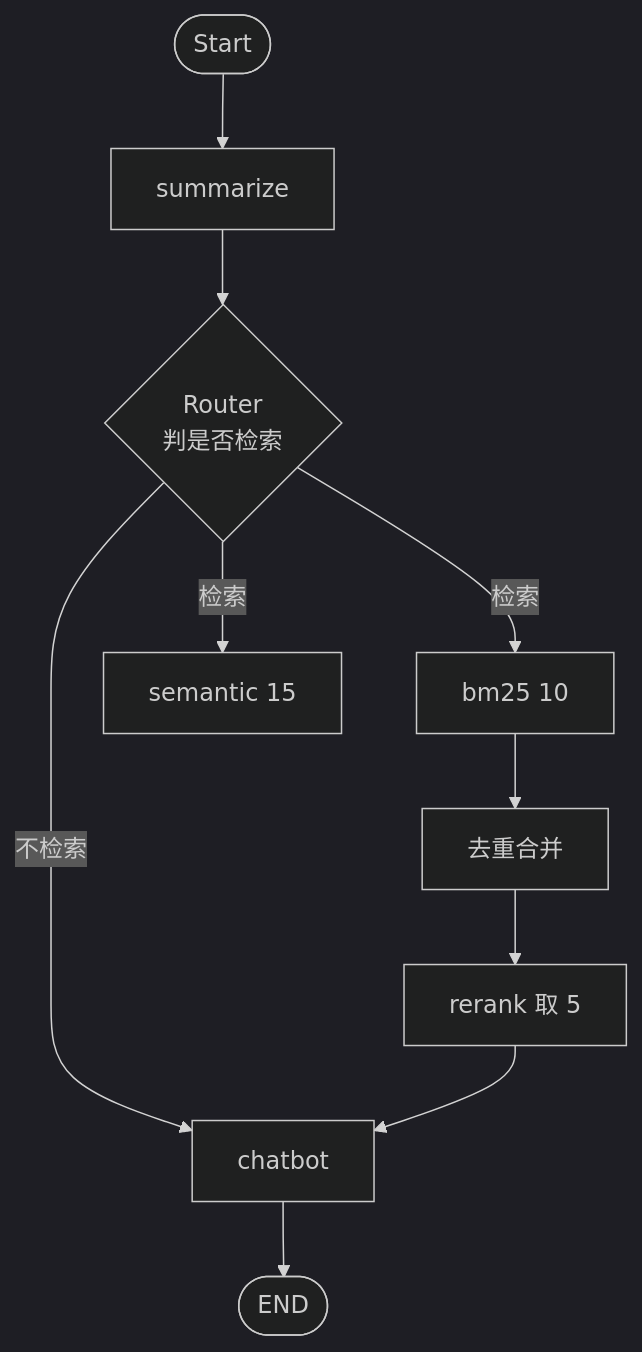
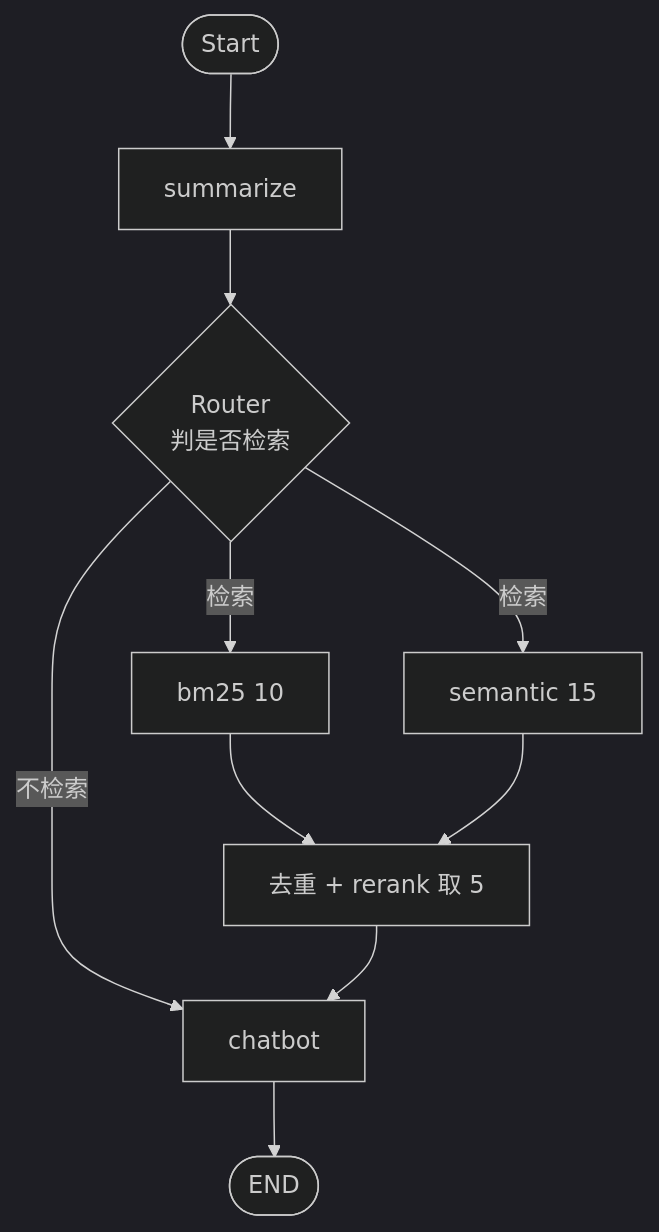
One commit to Ashitaka-Laputa-IV/helpdesk changed the first of 2 diagrams in .design/RAG两种实现对比.md. Above: the diagram before and after it, drawn with Mermaid (dark theme). The commit also changed other lines of this file and 21 other files, not shown here.

First line of the commit message:
refactor: 抽出检索/运行时公共层，合并重复的 router 图

````diff
--- a/.design/RAG两种实现对比.md
+++ b/.design/RAG两种实现对比.md
@@ -19,10 +19,12 @@
 ```mermaid
 graph TD
     Start([Start]) --> Summarize[summarize]
     Summarize --> Router{Router<br/>判是否检索}
     Router -- 检索 --> BM25[bm25 10]
     Router -- 检索 --> Semantic[semantic 15]
     Router -- 不检索 --> Chatbot
-    BM25 --> Combine[去重合并] --> Rerank[rerank 取 5] --> Chatbot[chatbot]
+    BM25 --> Rank[去重 + rerank 取 5]
+    Semantic --> Rank
+    Rank --> Chatbot[chatbot]
     Chatbot --> END([END])
 ```
````
